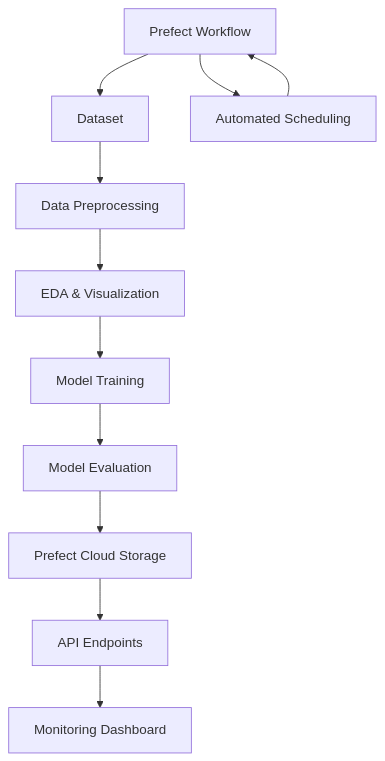
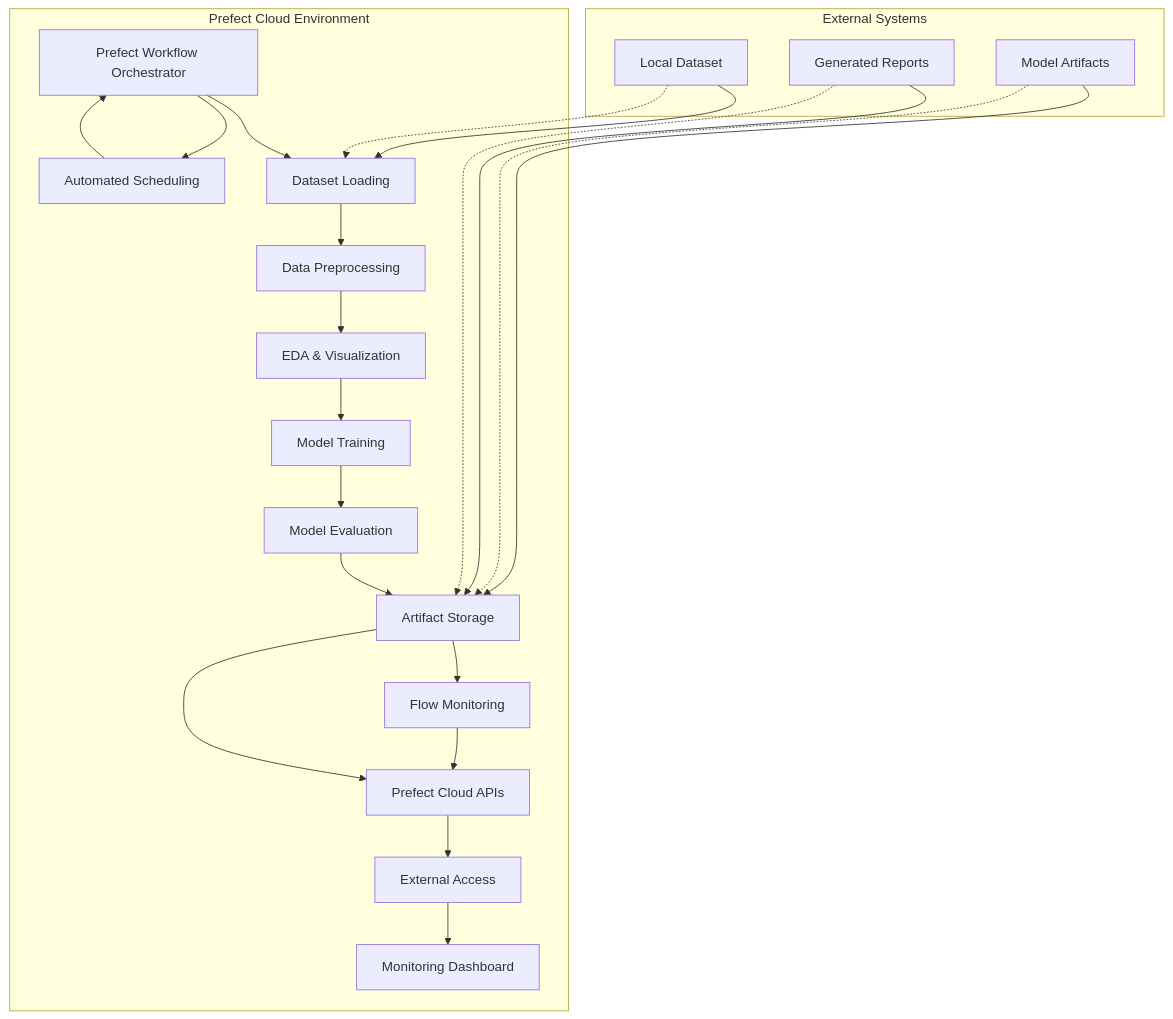
Before and after one commit to naidu9678/customer_churn_prediction_using_prefect_cloud: the diagram in README.md, drawn with Mermaid. The commit also changed other lines of this file, not shown here.

Commit message:
Architecture updated

````diff
--- a/README.md
+++ b/README.md
@@ -64,14 +66,31 @@
 ```mermaid
 graph TB
-    A[Prefect Workflow] --> B[Dataset]
-    B --> C[Data Preprocessing]
-    C --> D[EDA & Visualization]
-    D --> E[Model Training]
-    E --> F[Model Evaluation]
-    F --> G[Prefect Cloud Storage]
-    G --> H[API Endpoints]
-    H --> I[Monitoring Dashboard]
+    subgraph "Prefect Cloud Environment"
+        A[Prefect Workflow Orchestrator] --> B[Dataset Loading]
+        B --> C[Data Preprocessing]
+        C --> D[EDA & Visualization]
+        D --> E[Model Training]
+        E --> F[Model Evaluation]
+        F --> G[Artifact Storage]
+        G --> H[Flow Monitoring]
+        
+        A --> I[Automated Scheduling]
+        I --> A
+        
+        J[Prefect Cloud APIs] --> K[External Access]
+        K --> L[Monitoring Dashboard]
+        
+        G --> J
+        H --> J
+    end
     
-    A --> J[Automated Scheduling]
-    J --> A
+    subgraph "External Systems"
+        M[Local Dataset] --> B
+        N[Generated Reports] --> G
+        O[Model Artifacts] --> G
+    end
+    
+    M -.-> B
+    N -.-> G
+    O -.-> G
 ```
````
